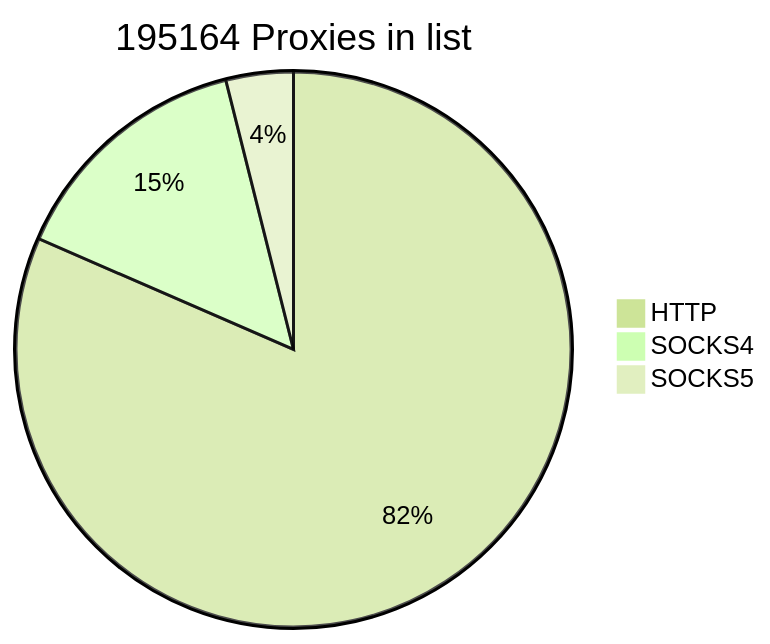
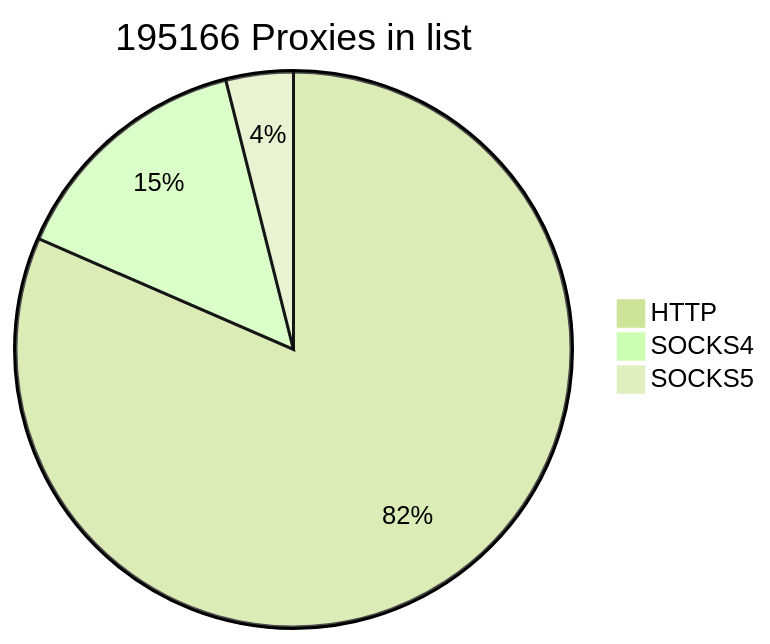
Before and after one commit to cutipu/proxylist: the first of 2 diagrams in README.md, drawn with Mermaid (forest theme). The commit also changed other lines of this file, not shown here.

````diff
--- a/README.md
+++ b/README.md
@@ -2,7 +2,7 @@
 ```mermaid
-pie title 195164 Proxies in list
-    "HTTP" : 159114
-    "SOCKS4" : 28402
-    "SOCKS5" : 7648
+pie title 195166 Proxies in list
+    "HTTP" : 159116
+    "SOCKS4" : 28403
+    "SOCKS5" : 7647
             
 ```
````
